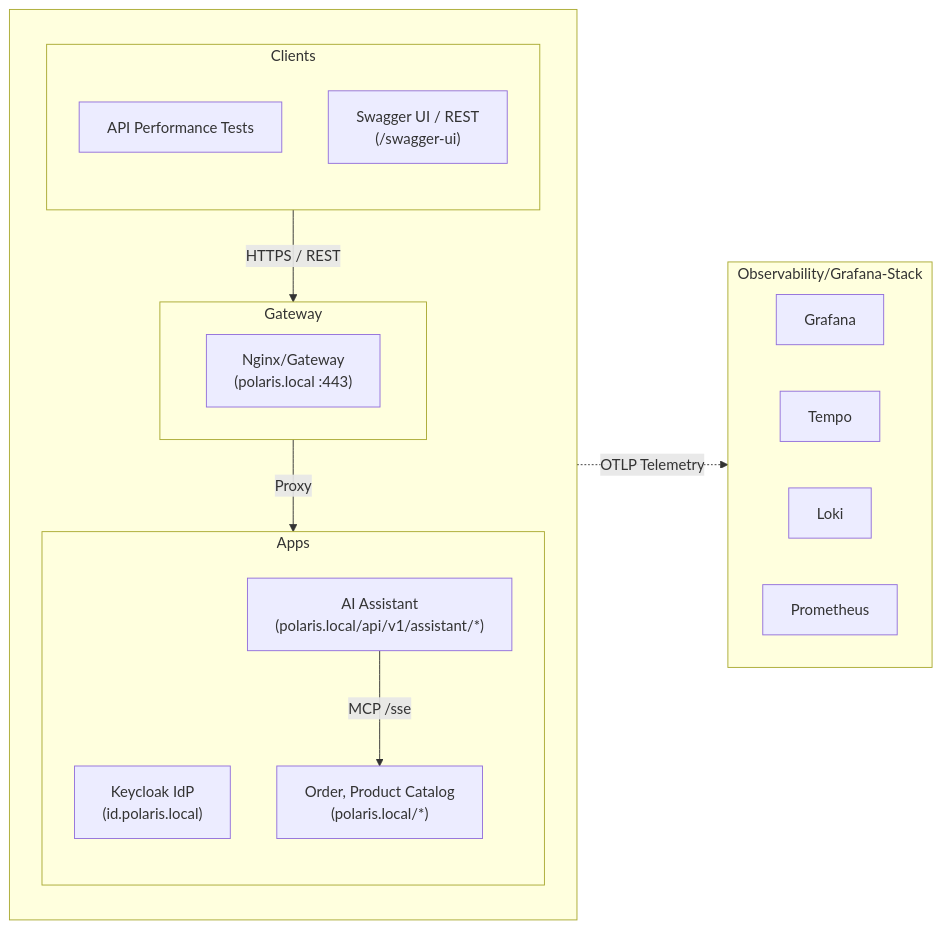
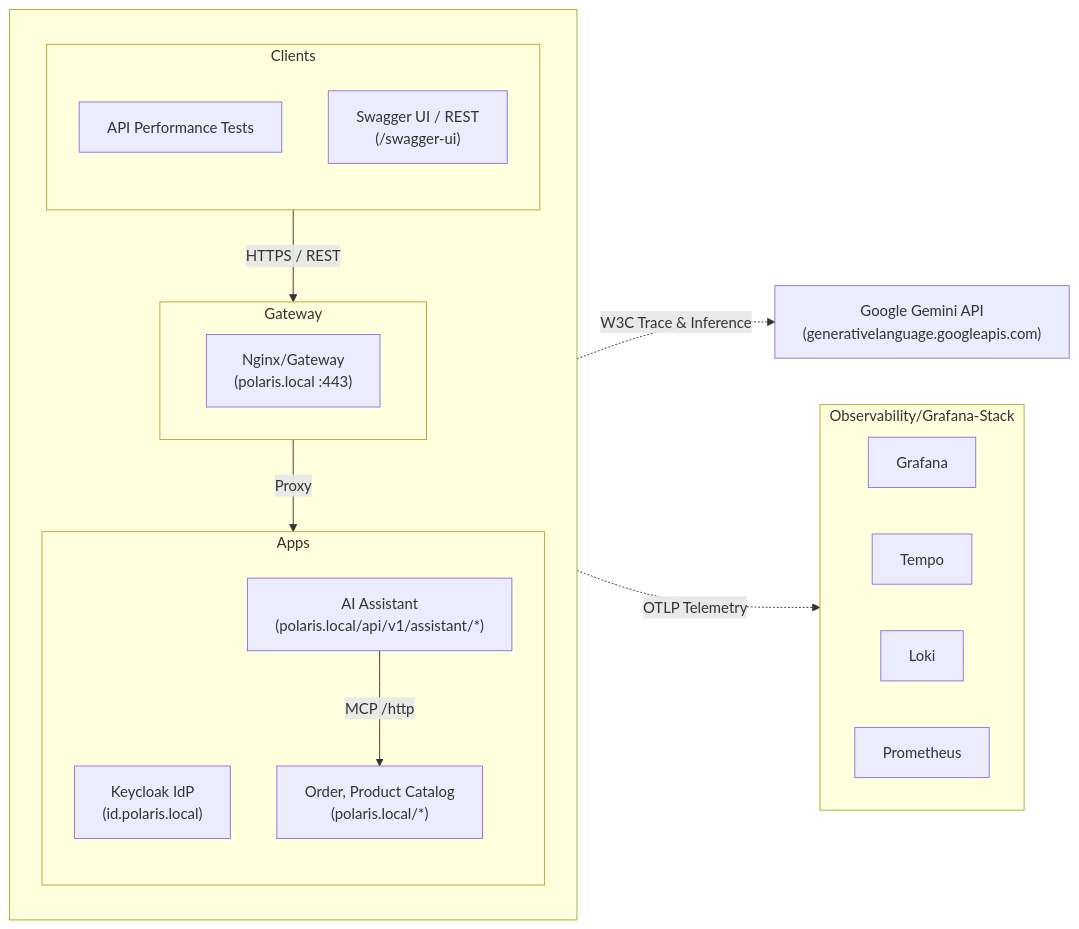
The diagram in src/java/03-Polaris/README.md (vungdv/hometask1), drawn with Mermaid before and after one commit. The commit also changed other lines of this file and 6 other files, not shown here.

````diff
--- a/src/java/03-Polaris/README.md
+++ b/src/java/03-Polaris/README.md
@@ -34,31 +34,32 @@
 ```mermaid
 flowchart LR
     subgraph Observability["Observability/Grafana-Stack"]
         direction LR
         Grafana["Grafana"]
         Tempo["Tempo"]
         Loki["Loki"]
         Prometheus["Prometheus"]
     end
     subgraph Main[" "]
         direction TB
         subgraph L1["Clients"]
             direction TB
             k6["API Performance Tests"]
             SwaggerUI["Swagger UI / REST<br/>(/swagger-ui)"]
         end
         subgraph L2["Gateway"]
             Nginx["Nginx/Gateway<br/>(polaris.local :443)"]
         end
         subgraph L3["Apps"]
             direction TB
             Keycloak["Keycloak IdP<br/>(id.polaris.local)"]
             Polaris-App["Order, Product Catalog<br/>(polaris.local/*)"]
             Polaris-Assistant["AI Assistant<br/>(polaris.local/api/v1/assistant/*)"]
         end
     end
     L1 -->|HTTPS / REST| L2
     L2 -->|Proxy| L3
-    Polaris-Assistant -->|MCP /sse| Polaris-App
+    Polaris-Assistant -->|MCP /http| Polaris-App
+    Polaris-Assistant -.->|W3C Trace & Inference| Gemini["Google Gemini API<br/>(generativelanguage.googleapis.com)"]
     Main -.->|OTLP Telemetry| Observability
 ```
````
